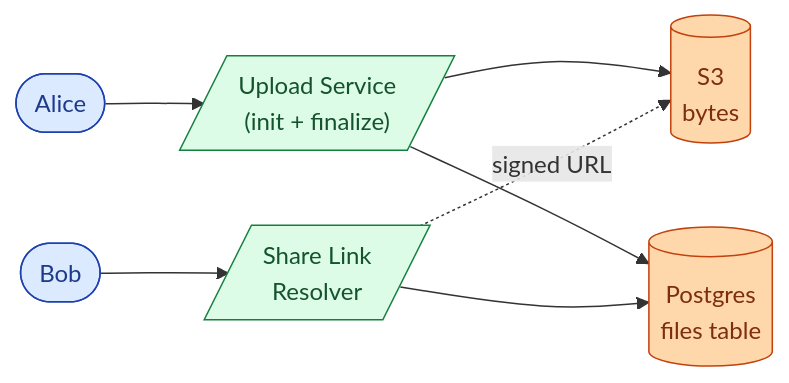
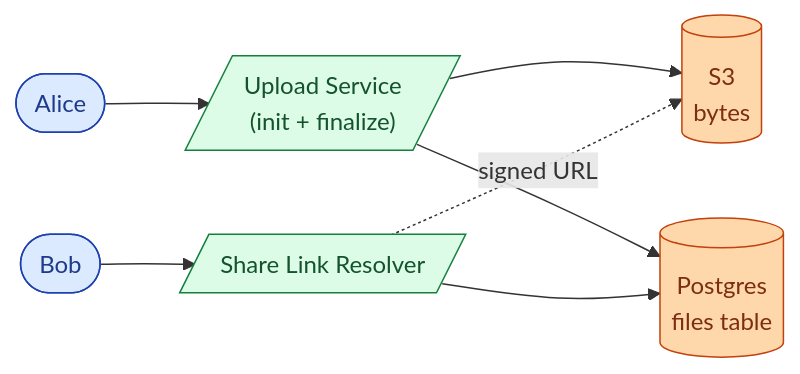
The second of 14 diagrams in problems/020-file-upload-share/question.md (shiningflash/system-design), drawn with Mermaid before and after one commit. The commit also changed other lines of this file and 37 other files, not shown here.

````diff
--- a/problems/020-file-upload-share/question.md
+++ b/problems/020-file-upload-share/question.md
@@ -135,13 +95,13 @@
 ```mermaid
 flowchart LR
     A([Alice]):::user --> API[/"Upload Service<br/>(init + finalize)"/]:::app
     API --> S3[("S3<br/>bytes")]:::db
     API --> DB[("Postgres<br/>files table")]:::db
-    B([Bob]):::user --> SLR[/"Share Link<br/>Resolver"/]:::app
+    B([Bob]):::user --> SLR[/"Share Link Resolver"/]:::app
     SLR --> DB
     SLR -.signed URL.-> S3
 
     classDef user  fill:#dbeafe,stroke:#1e40af,color:#1e3a8a
     classDef app   fill:#dcfce7,stroke:#15803d,color:#14532d
     classDef db    fill:#fed7aa,stroke:#c2410c,color:#7c2d12
 ```
````
